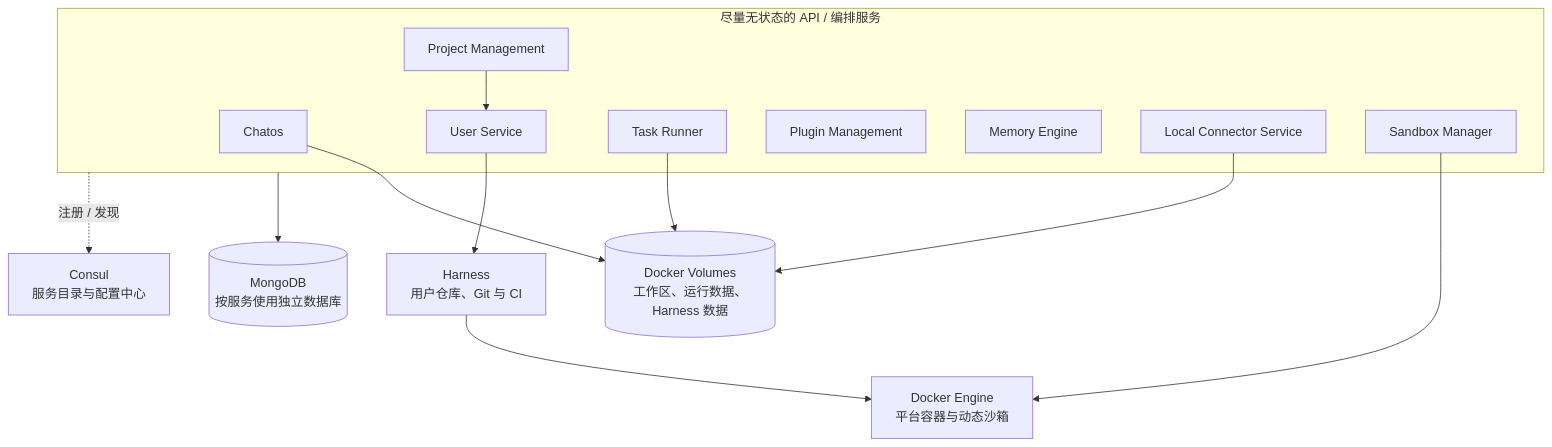
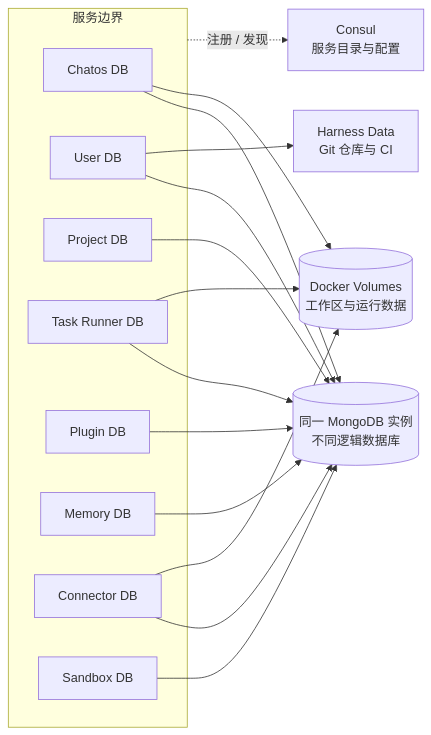
Before and after one commit to leeoohoo/chatos_rs: the sixth of 7 diagrams in README.md, drawn with Mermaid. The commit also changed other lines of this file and 23 other files, not shown here.

Commit message:
feat: rebuild user website and refresh architecture docs

````diff
--- a/README.md
+++ b/README.md
@@ -195,29 +249,32 @@
 ```mermaid
-flowchart TB
-    subgraph stateless["尽量无状态的 API / 编排服务"]
-        C["Chatos"]
-        U["User Service"]
-        P["Project Management"]
-        T["Task Runner"]
-        G["Plugin Management"]
-        M["Memory Engine"]
-        L["Local Connector Service"]
-        S["Sandbox Manager"]
+flowchart LR
+    subgraph services["服务边界"]
+        C["Chatos DB"]
+        U["User DB"]
+        P["Project DB"]
+        T["Task Runner DB"]
+        G["Plugin DB"]
+        M["Memory DB"]
+        L["Connector DB"]
+        S["Sandbox DB"]
     end
 
-    DB[("MongoDB<br/>按服务使用独立数据库")]
-    V[("Docker Volumes<br/>工作区、运行数据、Harness 数据")]
-    D["Consul<br/>服务目录与配置中心"]
-    H["Harness<br/>用户仓库、Git 与 CI"]
-    DE["Docker Engine<br/>平台容器与动态沙箱"]
+    Mongo[("同一 MongoDB 实例<br/>不同逻辑数据库")]
+    Vol[("Docker Volumes<br/>工作区与运行数据")]
+    Consul["Consul<br/>服务目录与配置"]
+    Harness["Harness Data<br/>Git 仓库与 CI"]
 
-    stateless --> DB
-    C --> V
-    T --> V
-    L --> V
-    stateless -.注册 / 发现.-> D
-    U --> H
-    P --> U
-    S --> DE
-    H --> DE
+    C --> Mongo
+    U --> Mongo
+    P --> Mongo
+    T --> Mongo
+    G --> Mongo
+    M --> Mongo
+    L --> Mongo
+    S --> Mongo
+    services -. "注册 / 发现" .-> Consul
+    C --> Vol
+    T --> Vol
+    L --> Vol
+    U --> Harness
 ```
````
